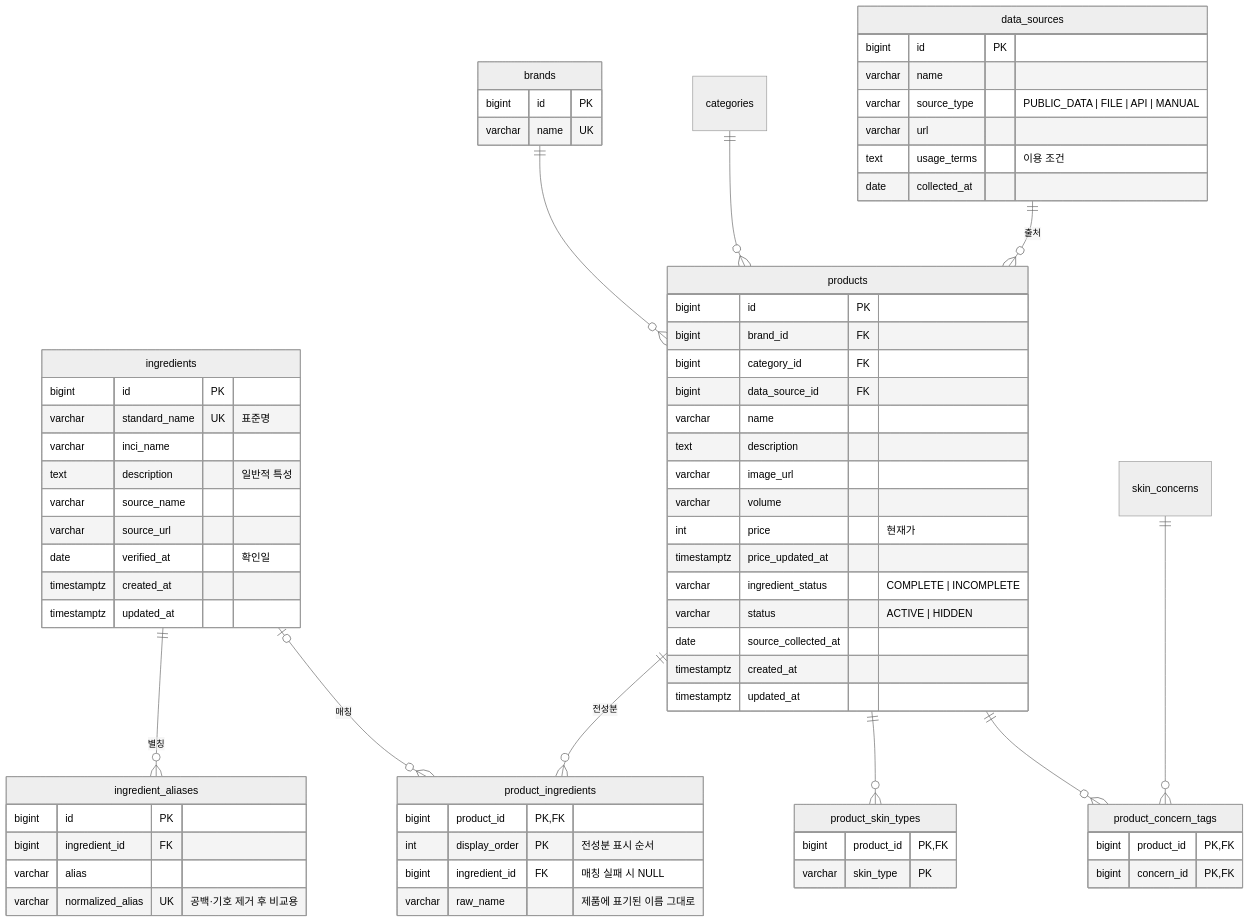
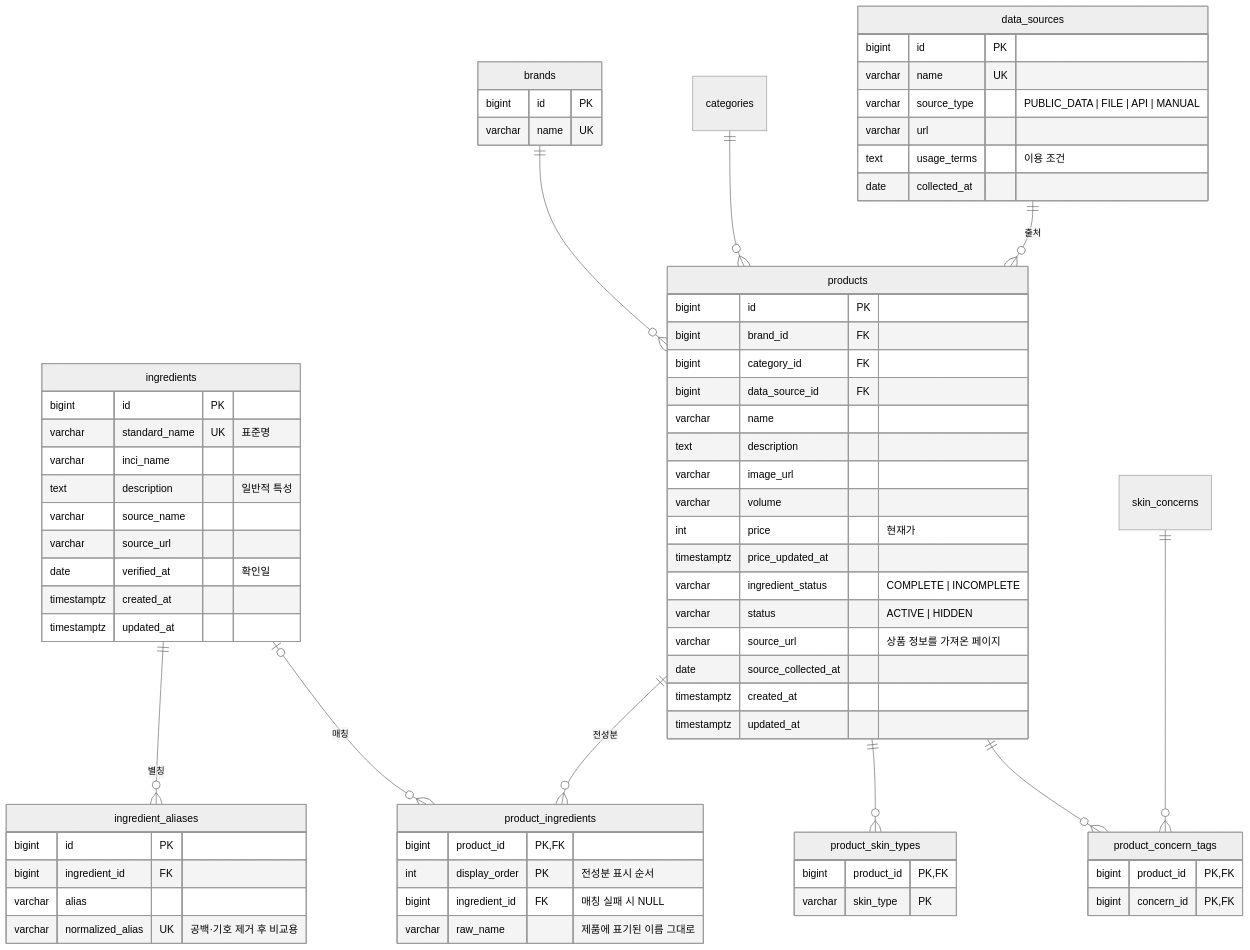
The fourth of 8 diagrams in docs/ERD.md (msun97/ai-beauty-curator), drawn with Mermaid (neutral theme) before and after one commit. The commit also changed other lines of this file and 6 other files, not shown here.

````diff
--- a/docs/ERD.md
+++ b/docs/ERD.md
@@ -178,73 +179,74 @@
 ```mermaid
 erDiagram
     ingredients ||--o{ ingredient_aliases : "별칭"
     brands ||--o{ products : ""
     categories ||--o{ products : ""
     data_sources ||--o{ products : "출처"
     products ||--o{ product_ingredients : "전성분"
     ingredients |o--o{ product_ingredients : "매칭"
     products ||--o{ product_skin_types : ""
     products ||--o{ product_concern_tags : ""
     skin_concerns ||--o{ product_concern_tags : ""
 
     ingredients {
         bigint id PK
         varchar standard_name UK "표준명"
         varchar inci_name
         text description "일반적 특성"
         varchar source_name
         varchar source_url
         date verified_at "확인일"
         timestamptz created_at
         timestamptz updated_at
     }
     ingredient_aliases {
         bigint id PK
         bigint ingredient_id FK
         varchar alias
         varchar normalized_alias UK "공백·기호 제거 후 비교용"
     }
     brands {
         bigint id PK
         varchar name UK
     }
     products {
         bigint id PK
         bigint brand_id FK
         bigint category_id FK
         bigint data_source_id FK
         varchar name
         text description
         varchar image_url
         varchar volume
         int price "현재가"
         timestamptz price_updated_at
         varchar ingredient_status "COMPLETE | INCOMPLETE"
         varchar status "ACTIVE | HIDDEN"
+        varchar source_url "상품 정보를 가져온 페이지"
         date source_collected_at
         timestamptz created_at
         timestamptz updated_at
     }
     product_ingredients {
         bigint product_id PK,FK
         int display_order PK "전성분 표시 순서"
         bigint ingredient_id FK "매칭 실패 시 NULL"
         varchar raw_name "제품에 표기된 이름 그대로"
     }
     product_skin_types {
         bigint product_id PK,FK
         varchar skin_type PK
     }
     product_concern_tags {
         bigint product_id PK,FK
         bigint concern_id PK,FK
     }
     data_sources {
         bigint id PK
-        varchar name
+        varchar name UK
         varchar source_type "PUBLIC_DATA | FILE | API | MANUAL"
         varchar url
         text usage_terms "이용 조건"
         date collected_at
     }
 ```
````
